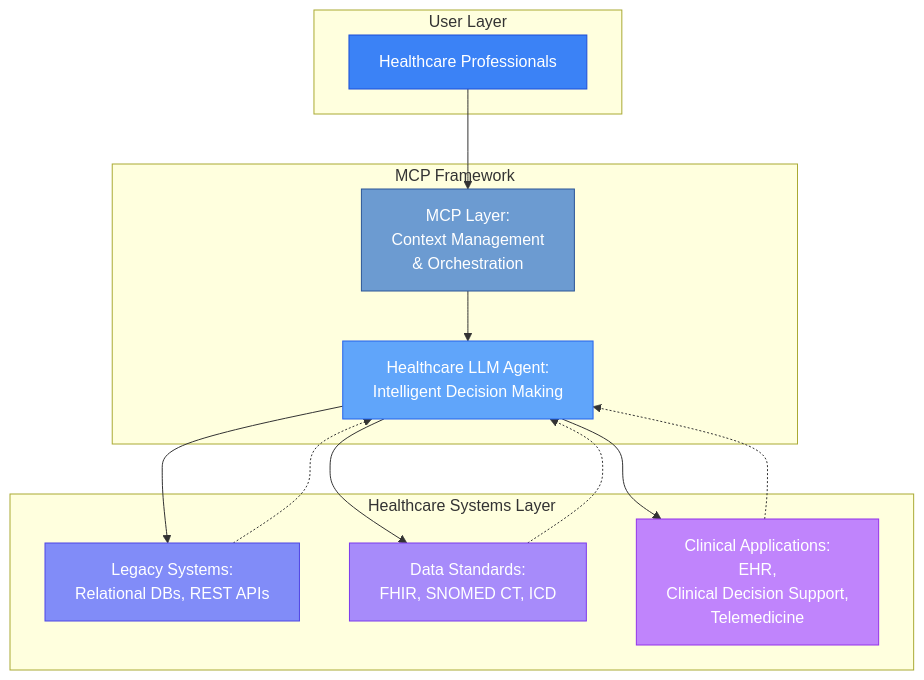
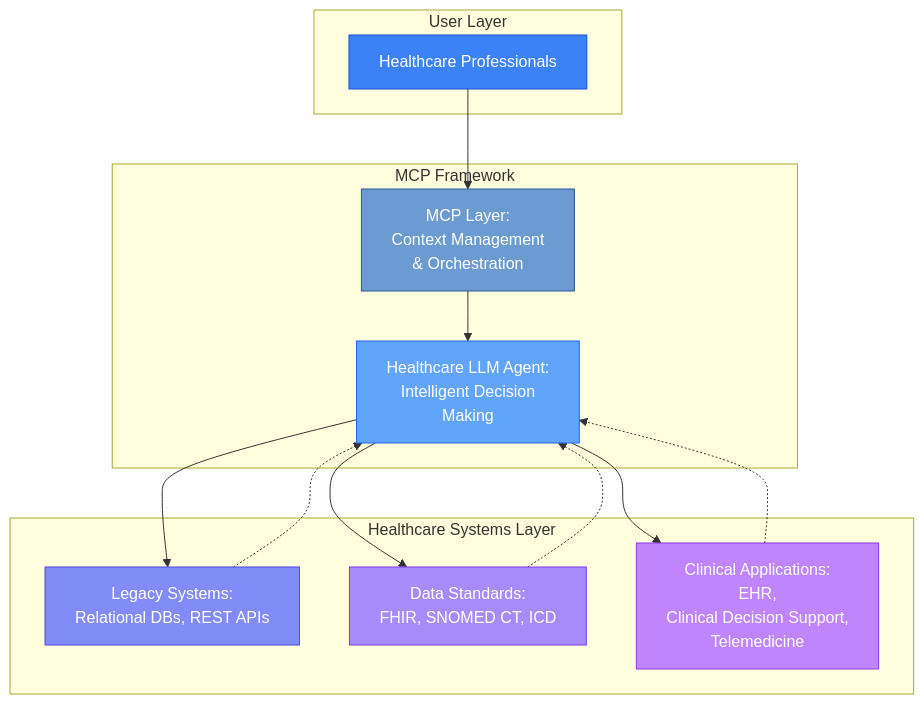
Before and after one commit to klauseduard/healthcare-system-ideas: the first of 7 diagrams in agentic-workflows.md, drawn with Mermaid.

````diff
--- a/agentic-workflows.md
+++ b/agentic-workflows.md
@@ -19,40 +19,40 @@
 ```mermaid
 flowchart TD
     subgraph "User Layer"
     HP[Healthcare Professionals]
     end
 
     subgraph "MCP Framework"
     MCP[MCP Layer:<br>Context Management<br>& Orchestration]
-    LLMA[Healthcare LLM Agent:<br> Intelligent Decision Making]
+    LLMA[Healthcare LLM Agent:<br>Intelligent Decision<br>Making]
     end
 
     subgraph "Healthcare Systems Layer"
     LS[Legacy Systems:<br> Relational DBs, REST APIs]
     DS[Data Standards:<br> FHIR, SNOMED CT, ICD]
     CA[Clinical Applications:<br> EHR,<br>Clinical Decision Support,<br>Telemedicine]
     end
 
     HP --> MCP
     MCP --> LLMA
     LLMA --> LS
     LLMA --> DS
     LLMA --> CA
     LS -.-> LLMA
     DS -.-> LLMA
     CA -.-> LLMA
 
     classDef users fill:#3b82f6,stroke:#1d4ed8,color:white
     classDef mcp fill:#6c9bd1,stroke:#2c5697,color:white
     classDef agent fill:#60a5fa,stroke:#2563eb,color:white
     classDef legacy fill:#818cf8,stroke:#4f46e5,color:white
     classDef standards fill:#a78bfa,stroke:#7c3aed,color:white
     classDef apps fill:#c084fc,stroke:#9333ea,color:white
 
     class HP users
     class MCP mcp
     class LLMA agent
     class LS legacy
     class DS standards
     class CA apps
 ```
````
